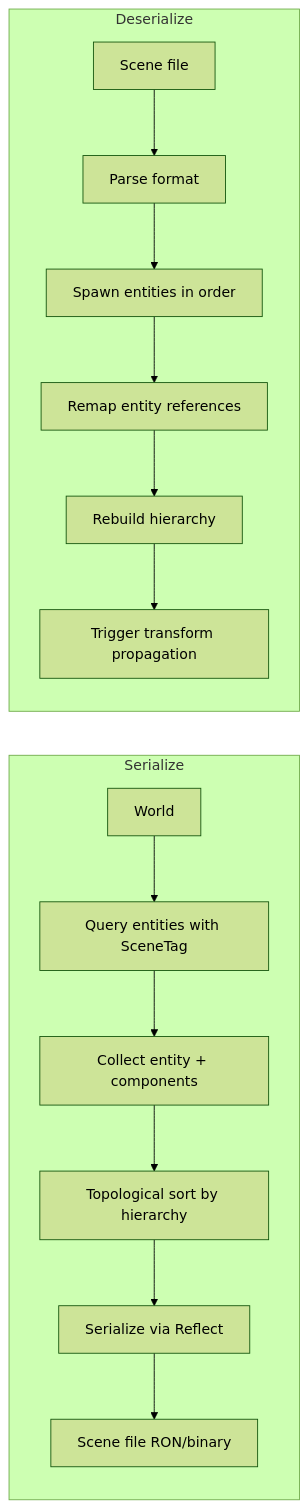
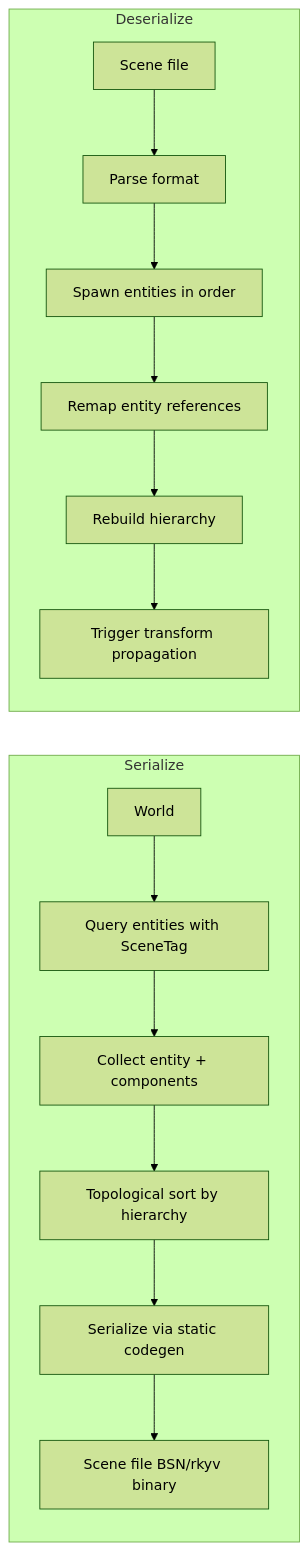
Before and after one commit to harmonius-dev/harmonius: the sixth of 7 diagrams in docs/design/core-runtime/scene-transforms.md, drawn with Mermaid (forest theme). The commit also changed other lines of this file and 174 other files, not shown here.

````diff
--- a/docs/design/core-runtime/scene-transforms.md
+++ b/docs/design/core-runtime/scene-transforms.md
@@ -1149,18 +1410,18 @@
 ```mermaid
 flowchart LR
     subgraph Serialize
         W[World] --> Q1[Query entities with SceneTag]
         Q1 --> COL[Collect entity + components]
         COL --> TOPO[Topological sort by hierarchy]
-        TOPO --> SER[Serialize via Reflect]
-        SER --> FILE[Scene file RON/binary]
+        TOPO --> SER[Serialize via static codegen]
+        SER --> FILE[Scene file BSN/rkyv binary]
     end
 
     subgraph Deserialize
         FILE2[Scene file] --> PAR[Parse format]
         PAR --> ENT[Spawn entities in order]
         ENT --> REMAP[Remap entity references]
         REMAP --> HIER[Rebuild hierarchy]
         HIER --> PROP[Trigger transform propagation]
     end
 ```
````
